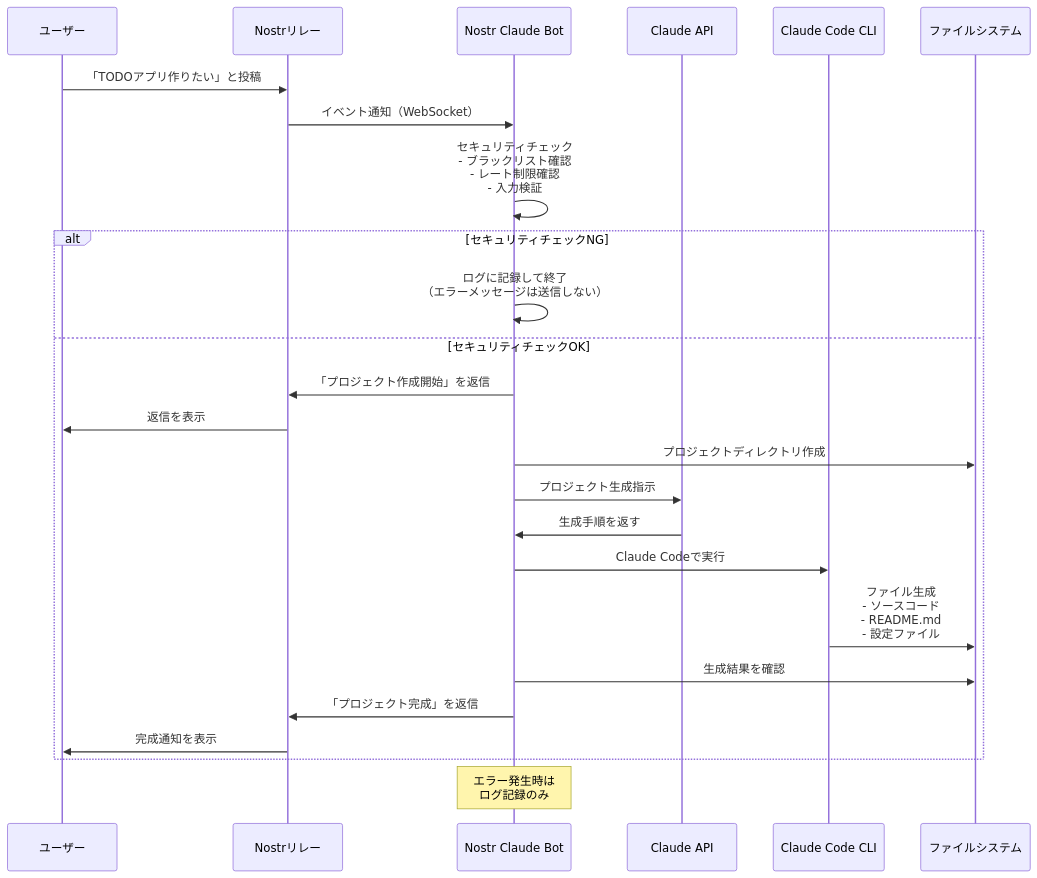
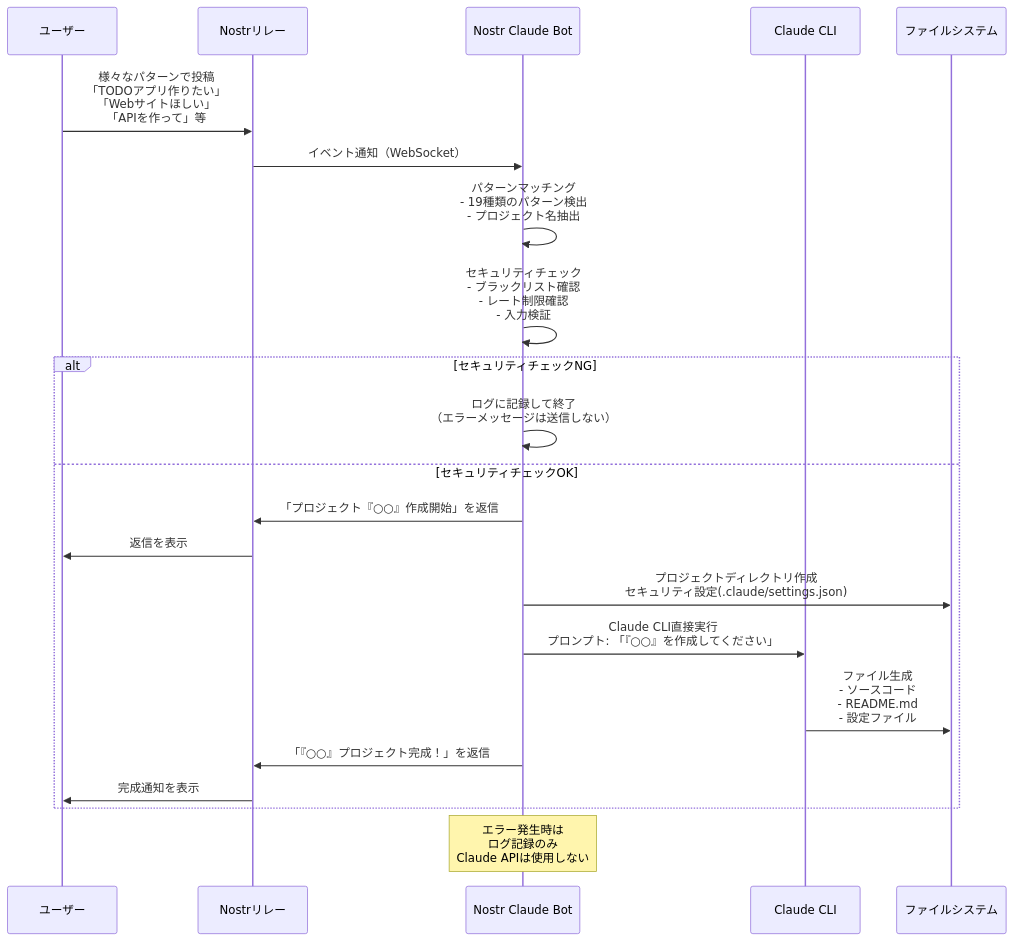
One commit to koteitan/katte changed the diagram in README.md. Above: the diagram before and after it, drawn with Mermaid. The commit also changed other lines of this file and 1 other file, not shown here.

Commit message:
Enable Claude CLI execution and update documentation
- Enable actual Claude CLI execution by removing skip logic
- Add project name to completion message for fun project names
- Update README.md Mermaid diagram to reflect current architecture
- Remove outdated Claude API references from sequence diagram
- Add pattern matching step (19 patterns) to flow diagram
- Update project examples with various pattern types
- Add real example: "負けず嫌いなので..." 😄
- Simplify project summary to show project name only

🤖 Generated with [Claude Code](https://claude.ai/code)

````diff
--- a/README.md
+++ b/README.md
@@ -107,34 +107,31 @@
 ```mermaid
 sequenceDiagram
     participant User as ユーザー
     participant Nostr as Nostrリレー
     participant Bot as Nostr Claude Bot
-    participant Claude as Claude API
-    participant CC as Claude Code CLI
+    participant CLI as Claude CLI
     participant FS as ファイルシステム
 
-    User->>Nostr: 「TODOアプリ作りたい」と投稿
+    User->>Nostr: 様々なパターンで投稿<br/>「TODOアプリ作りたい」<br/>「Webサイトほしい」<br/>「APIを作って」等
     Nostr->>Bot: イベント通知（WebSocket）
     
+    Bot->>Bot: パターンマッチング<br/>- 19種類のパターン検出<br/>- プロジェクト名抽出
     Bot->>Bot: セキュリティチェック<br/>- ブラックリスト確認<br/>- レート制限確認<br/>- 入力検証
     
     alt セキュリティチェックNG
         Bot->>Bot: ログに記録して終了<br/>（エラーメッセージは送信しない）
     else セキュリティチェックOK
-        Bot->>Nostr: 「プロジェクト作成開始」を返信
+        Bot->>Nostr: 「プロジェクト『○○』作成開始」を返信
         Nostr->>User: 返信を表示
         
-        Bot->>FS: プロジェクトディレクトリ作成
-        Bot->>Claude: プロジェクト生成指示
-        Claude->>Bot: 生成手順を返す
+        Bot->>FS: プロジェクトディレクトリ作成<br/>セキュリティ設定(.claude/settings.json)
         
-        Bot->>CC: Claude Codeで実行
-        CC->>FS: ファイル生成<br/>- ソースコード<br/>- README.md<br/>- 設定ファイル
+        Bot->>CLI: Claude CLI直接実行<br/>プロンプト: 「『○○』を作成してください」
+        CLI->>FS: ファイル生成<br/>- ソースコード<br/>- README.md<br/>- 設定ファイル
         
-        Bot->>FS: 生成結果を確認
-        Bot->>Nostr: 「プロジェクト完成」を返信
+        Bot->>Nostr: 「『○○』プロジェクト完成！」を返信
         Nostr->>User: 完成通知を表示
     end
     
-    Note over Bot: エラー発生時は<br/>ログ記録のみ
+    Note over Bot: エラー発生時は<br/>ログ記録のみ<br/>Claude APIは使用しない
 ```
````
